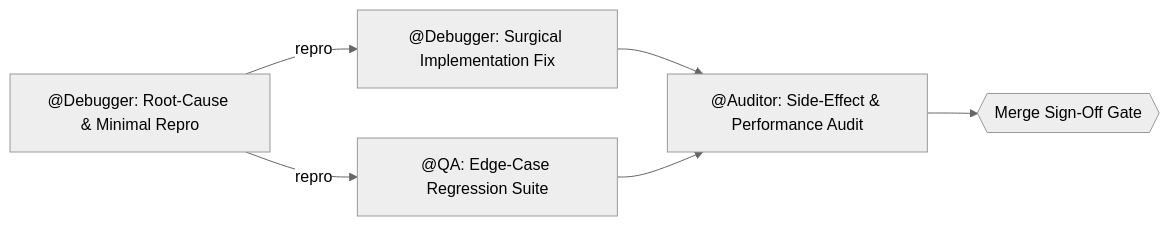
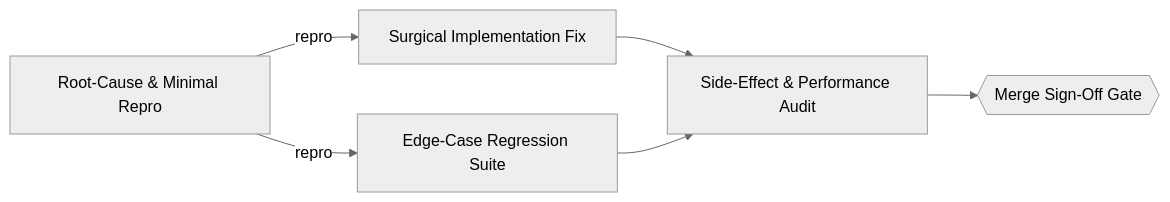
The first of 2 diagrams in examples/blueprints/bug-hunt-fix.md (Daijunfan/Aexus-Code), drawn with Mermaid (neutral theme) before and after one commit. The commit also changed other lines of this file and 184 other files, not shown here.

````diff
--- a/examples/blueprints/bug-hunt-fix.md
+++ b/examples/blueprints/bug-hunt-fix.md
@@ -5,8 +7,12 @@
 ```mermaid
 flowchart LR
-  N1["@Debugger: Root-Cause & Minimal Repro"] -->|repro| N2["@Debugger: Surgical Implementation Fix"]
-  N1 -->|repro| N3["@QA: Edge-Case Regression Suite"]
-  N2 --> N4["@Auditor: Side-Effect & Performance Audit"]
-  N3 --> N4
-  N4 --> U1{{"Merge Sign-Off Gate"}}
+  T1["Root-Cause & Minimal Repro"] -->|repro| T2["Surgical Implementation Fix"]
+  T1 -->|repro| T3["Edge-Case Regression Suite"]
+  T2 --> T4["Side-Effect & Performance Audit"]
+  T3 --> T4
+  T4 --> U1{{"Merge Sign-Off Gate"}}
+  %% task T1 [owner=LeadDebugger, min_tier=1, dept=Executive]
+  %% task T2 [owner=FixDev, min_tier=2, dept=Core]
+  %% task T3 [owner=Auditor, min_tier=2, dept=Quality]
+  %% task T4 [owner=Auditor, min_tier=2, dept=Quality]
 ```
````
